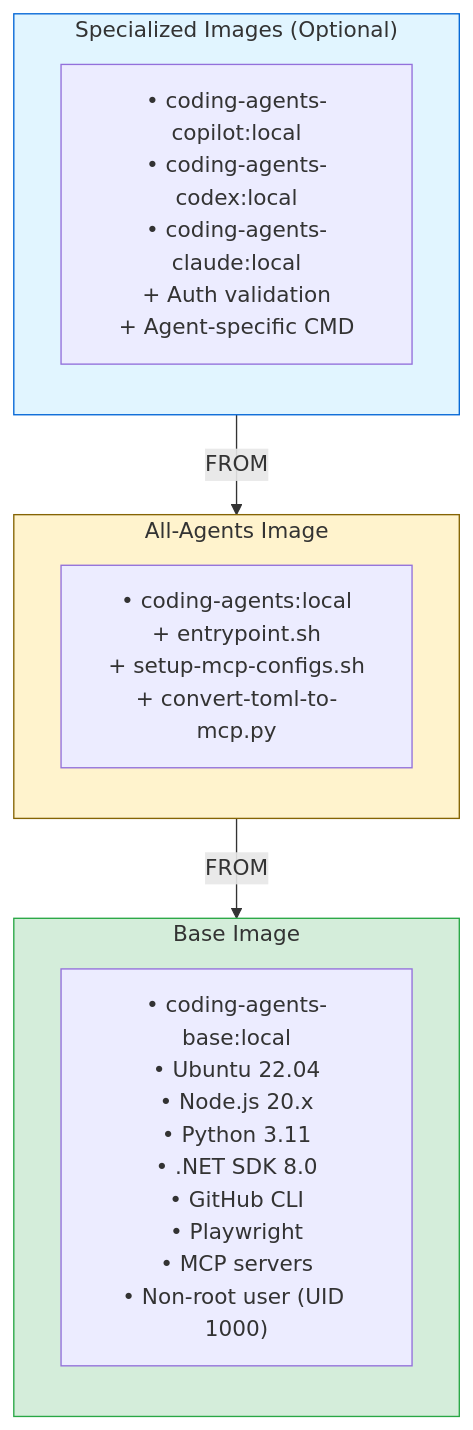
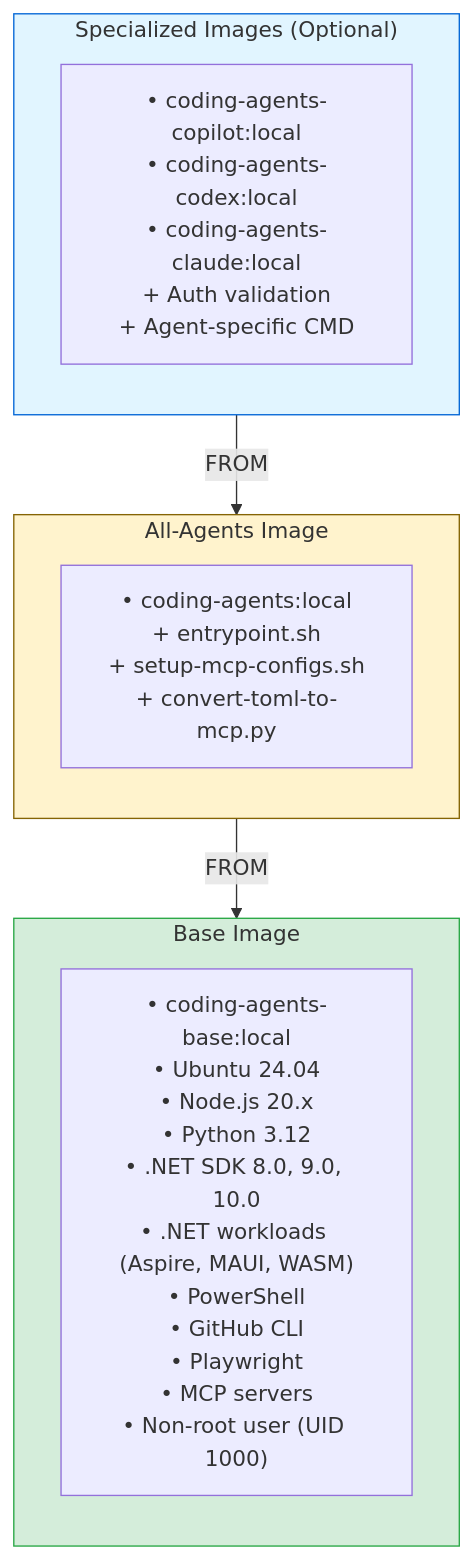
One commit to novotnyllc/ContainAI changed the second of 7 diagrams in docs/architecture.md. Above: the diagram before and after it, drawn with Mermaid. The commit also changed other lines of this file and 11 other files, not shown here.

````diff
--- a/docs/architecture.md
+++ b/docs/architecture.md
@@ -51,24 +51,24 @@
 ```mermaid
 flowchart TB
     subgraph specialized["Specialized Images (Optional)"]
         direction TB
         spec_content["• coding-agents-copilot:local<br/>• coding-agents-codex:local<br/>• coding-agents-claude:local<br/>+ Auth validation<br/>+ Agent-specific CMD"]
     end
     
     subgraph allagents["All-Agents Image"]
         direction TB
         all_content["• coding-agents:local<br/>+ entrypoint.sh<br/>+ setup-mcp-configs.sh<br/>+ convert-toml-to-mcp.py"]
     end
     
     subgraph base["Base Image"]
         direction TB
-        base_content["• coding-agents-base:local<br/>• Ubuntu 22.04<br/>• Node.js 20.x<br/>• Python 3.11<br/>• .NET SDK 8.0<br/>• GitHub CLI<br/>• Playwright<br/>• MCP servers<br/>• Non-root user (UID 1000)"]
+        base_content["• coding-agents-base:local<br/>• Ubuntu 24.04<br/>• Node.js 20.x<br/>• Python 3.12<br/>• .NET SDK 8.0, 9.0, 10.0<br/>• .NET workloads (Aspire, MAUI, WASM)<br/>• PowerShell<br/>• GitHub CLI<br/>• Playwright<br/>• MCP servers<br/>• Non-root user (UID 1000)"]
     end
     
     specialized -->|FROM| allagents
     allagents -->|FROM| base
     
     style specialized fill:#e1f5ff,stroke:#0366d6
     style allagents fill:#fff3cd,stroke:#856404
     style base fill:#d4edda,stroke:#28a745
 ```
````
